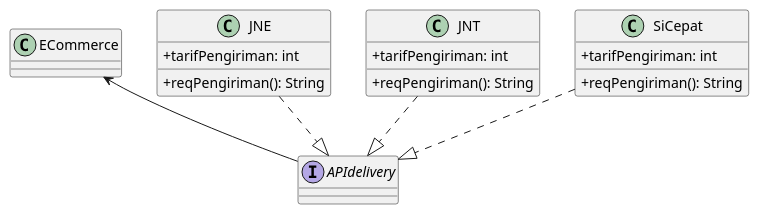
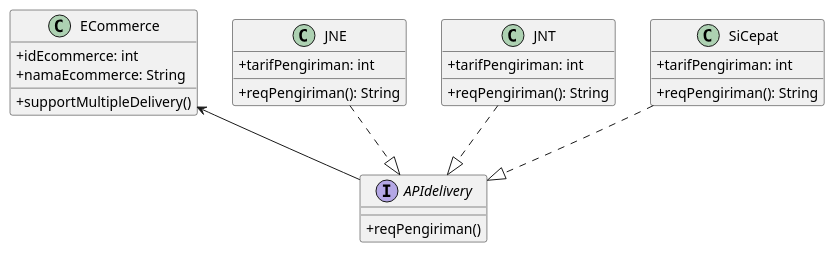
Before and after one commit to farhanzakiputra/pbpu-a-2022: the diagram in Kelompok 5/diagramKel5.plantuml, drawn with PlantUML.

```diff
--- a/Kelompok 5/diagramKel5.plantuml
+++ b/Kelompok 5/diagramKel5.plantuml
@@ -1,44 +1,51 @@
 @startuml
 
 skinparam classAttributeIconSize 0
 /'
 menonaktifkan skin bawaan dari plantUML untuk access modifier (public, private, protected)
 '/
 
 class ECommerce{
+    'atribut'
+    +idEcommerce: int
+    +namaEcommerce: String
     
+    'method'
+    +supportMultipleDelivery()
 }
 
 class JNE{
     'atribut'
     +tarifPengiriman: int
 
     'method'
     +reqPengiriman(): String
 }
 
 class JNT{
     'atribut'
     +tarifPengiriman: int
 
     'method'
     +reqPengiriman(): String
 }
 
 class SiCepat{
     'atribut'
     +tarifPengiriman: int
 
     'method'
     +reqPengiriman(): String
 }
 
 interface APIdelivery {
+    'method'
+    +reqPengiriman()
 }
 
 JNE ..|> APIdelivery
 JNT ..|> APIdelivery
 SiCepat ..|> APIdelivery
 ECommerce <-- APIdelivery
 
 @enduml
```
